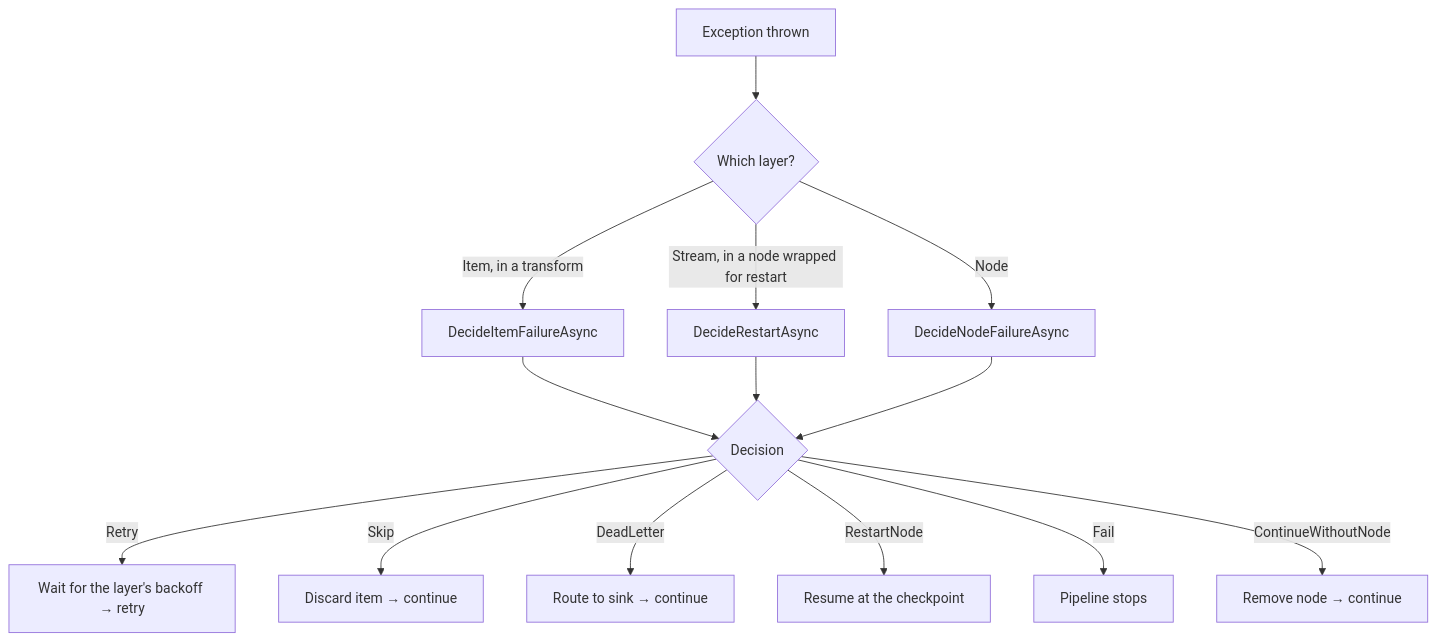
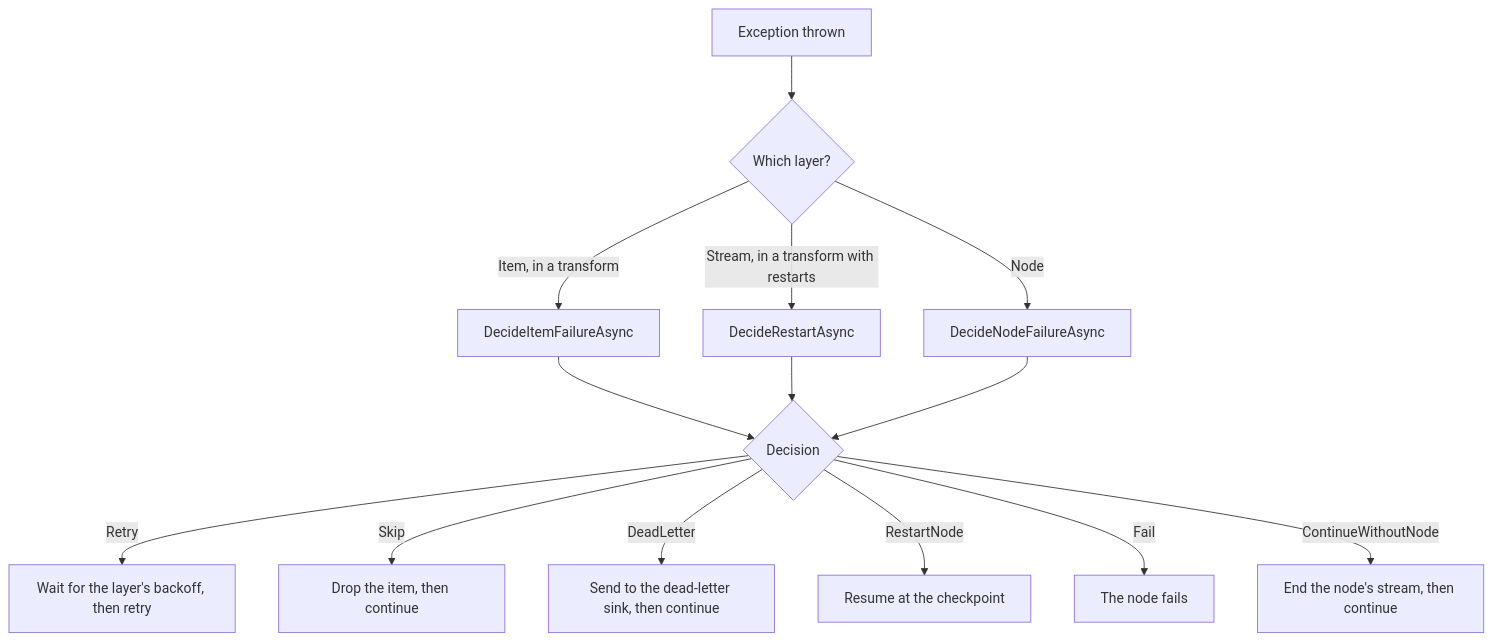
The diagram in docs/error-handling/index.md (npipeline/NPipeline), drawn with Mermaid before and after one commit. The commit also changed other lines of this file and 31 other files, not shown here.

````diff
--- a/docs/error-handling/index.md
+++ b/docs/error-handling/index.md
@@ -116,16 +122,16 @@
 ```mermaid
 flowchart TD
     A[Exception thrown] --> B{Which layer?}
     B -->|Item, in a transform| C[DecideItemFailureAsync]
-    B -->|Stream, in a node wrapped for restart| D[DecideRestartAsync]
+    B -->|Stream, in a transform with restarts| D[DecideRestartAsync]
     B -->|Node| E[DecideNodeFailureAsync]
     C --> F{Decision}
     D --> F
     E --> F
-    F -->|Retry| G[Wait for the layer's backoff → retry]
-    F -->|Skip| H[Discard item → continue]
-    F -->|DeadLetter| I[Route to sink → continue]
+    F -->|Retry| G[Wait for the layer's backoff, then retry]
+    F -->|Skip| H[Drop the item, then continue]
+    F -->|DeadLetter| I[Send to the dead-letter sink, then continue]
     F -->|RestartNode| J[Resume at the checkpoint]
-    F -->|Fail| K[Pipeline stops]
-    F -->|ContinueWithoutNode| L[Remove node → continue]
+    F -->|Fail| K[The node fails]
+    F -->|ContinueWithoutNode| L[End the node's stream, then continue]
 ```
````
